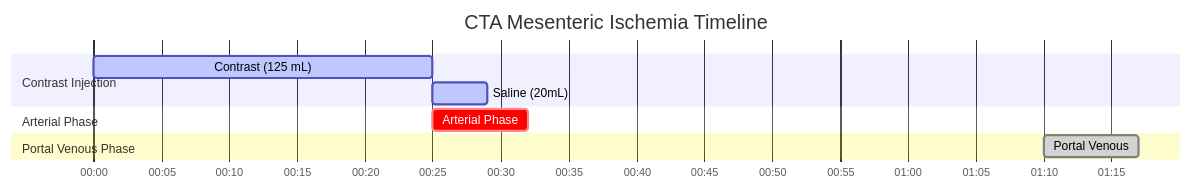
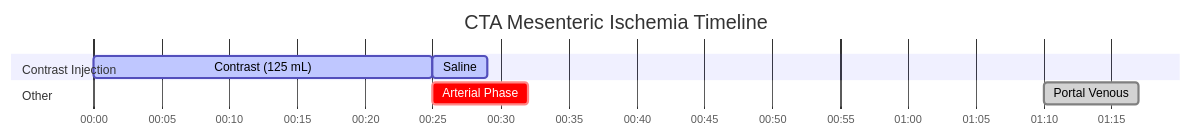
The diagram in docs/ct/vascular/cta-mesenteric-ischemia.md (dfergs93/radiology-protocols), drawn with Mermaid before and after one commit. The commit also changed other lines of this file and 101 other files, not shown here.

````diff
--- a/docs/ct/vascular/cta-mesenteric-ischemia.md
+++ b/docs/ct/vascular/cta-mesenteric-ischemia.md
@@ -85,18 +86,19 @@
   ```mermaid
   ---
+  displayMode: compact
   config:
     theme: default
+    themeCSS: " #Saline{ fill: #4ed5ff; stroke: #2094f3; } "
   ---
     gantt
       title CTA Mesenteric Ischemia Timeline
       dateFormat mm:ss
       axisFormat %M:%S 
       
       section Contrast Injection
       Contrast (125 mL)    :active, contrast, 00:00, 25s
-      Saline (20mL)          :active, saline, after contrast, 4s
-      section Arterial Phase
+      Saline          :active, saline, after contrast, 4s
+      section Other
       Arterial Phase    :crit, scan1, 00:25, 7s
-      section Portal Venous Phase
       Portal Venous    :done, scan2, 01:10, 7s
   ```
````
